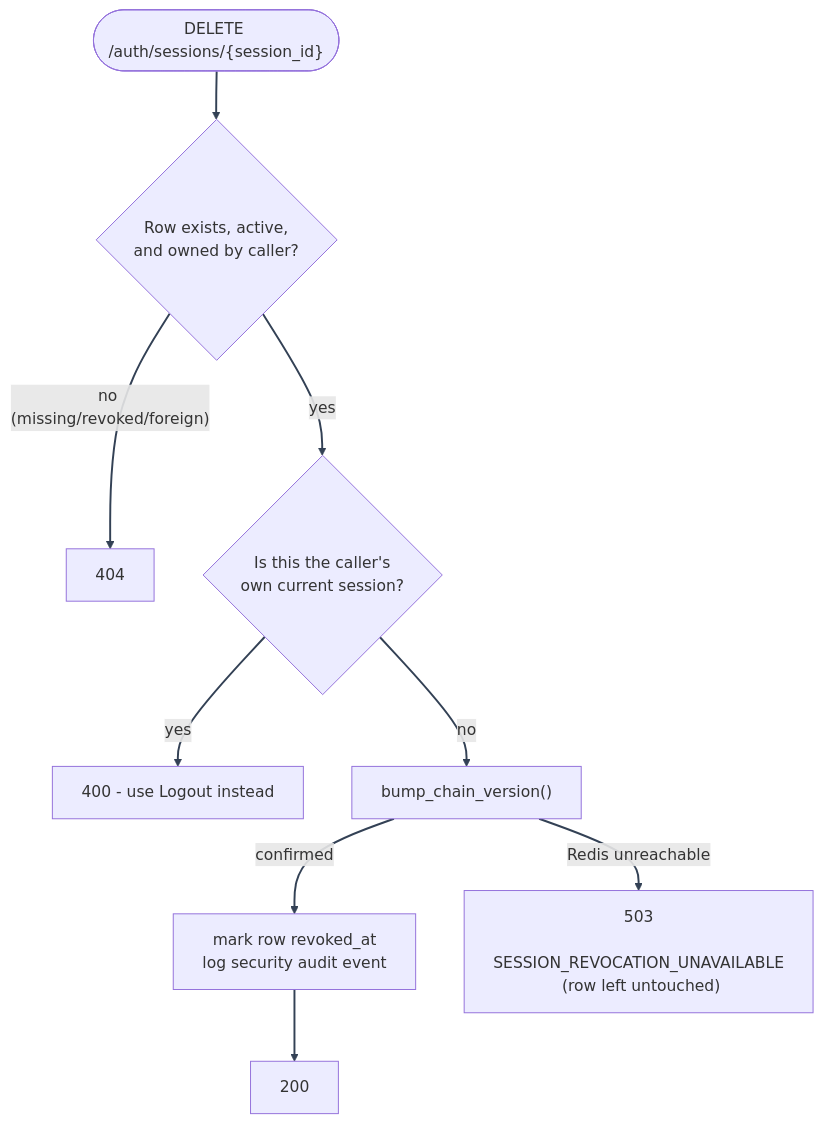
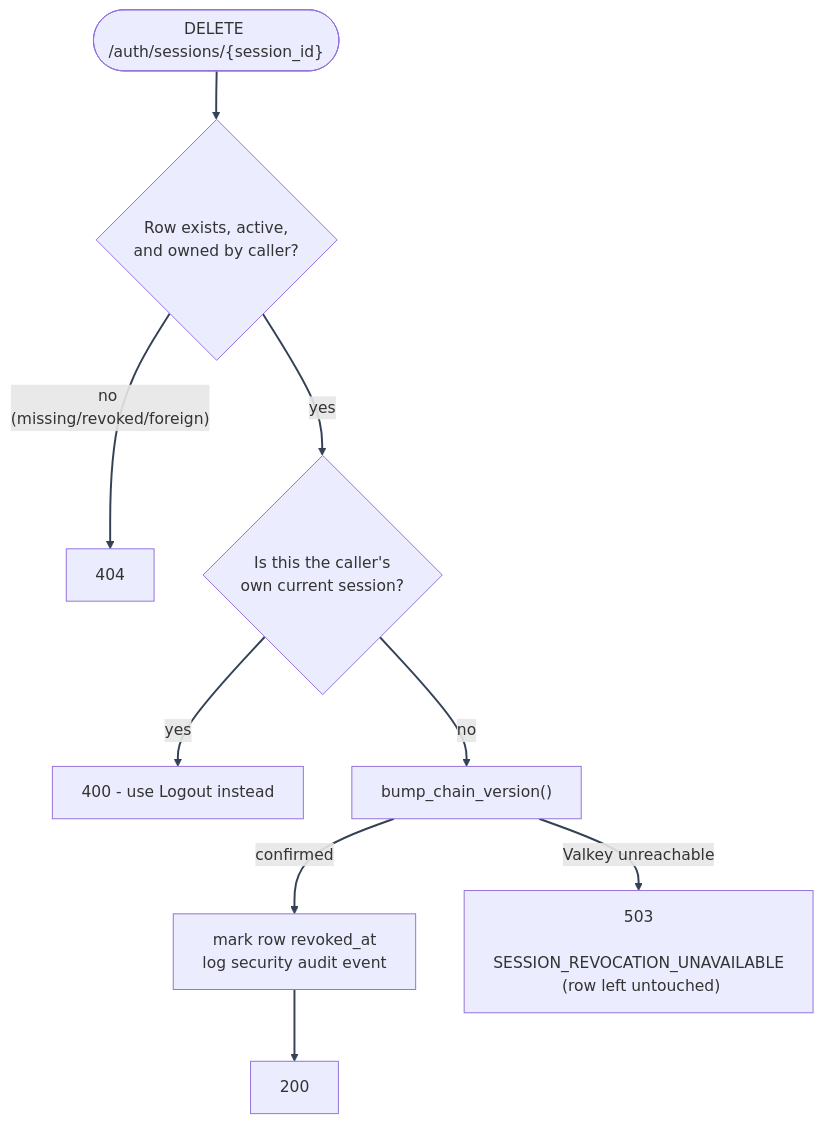
One commit to Nachiket-2024/mystic-auth changed the diagram in docs/mystic_auth/authentication/session-management/list-and-revoke-sessions.md. Above: the diagram before and after it, drawn with Mermaid. The commit also changed other lines of this file and 905 other files, not shown here.

First line of the commit message:
Replaced Chakra UI with shadcn/Radix, migrated Redis to Valkey, revamped UI/UX

````diff
--- a/docs/mystic_auth/authentication/session-management/list-and-revoke-sessions.md
+++ b/docs/mystic_auth/authentication/session-management/list-and-revoke-sessions.md
@@ -29,13 +29,13 @@
 ```mermaid
 %%{init: {"themeVariables": {"lineColor": "#334155"}} }%%
 flowchart TD
     Start(["DELETE /auth/sessions/{session_id}"]) --> Own{"Row exists, active,\n and owned by caller?"}
     Own -- "no (missing/revoked/foreign)" --> R404["404"]
     Own -- "yes" --> Current{"Is this the caller's\n own current session?"}
     Current -- "yes" --> R400["400 - use Logout instead"]
     Current -- "no" --> Bump["bump_chain_version()"]
     Bump -- "confirmed" --> Mark["mark row revoked_at\n log security audit event"]
     Mark --> R200["200"]
-    Bump -- "Redis unreachable" --> R503["503\n SESSION_REVOCATION_UNAVAILABLE\n (row left untouched)"]
+    Bump -- "Valkey unreachable" --> R503["503\n SESSION_REVOCATION_UNAVAILABLE\n (row left untouched)"]
     linkStyle default stroke:#334155,stroke-width:2px
 ```
````
